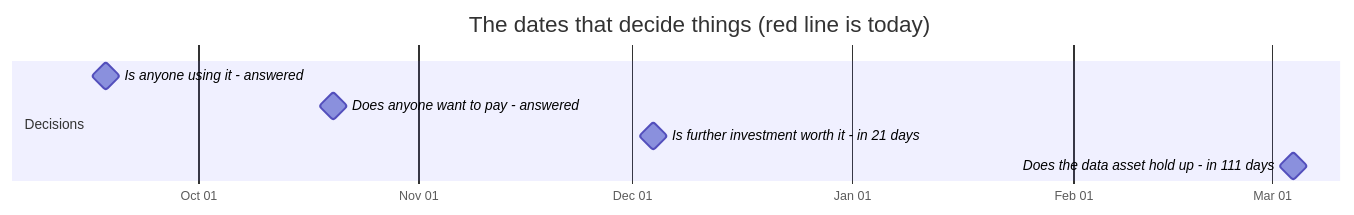
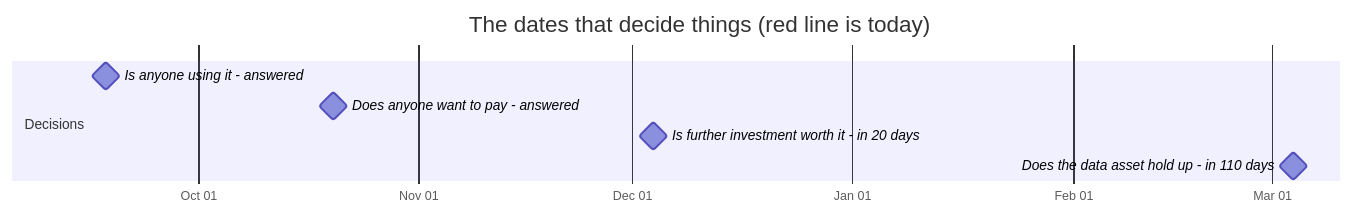
The first of 2 diagrams in docs/OWNER.md (jakegu1/vetagent), drawn with Mermaid before and after one commit. The commit also changed other lines of this file and 1 other file, not shown here.

````diff
--- a/docs/OWNER.md
+++ b/docs/OWNER.md
@@ -67,12 +67,12 @@
 ```mermaid
 gantt
     dateFormat YYYY-MM-DD
     axisFormat %b %d
     todayMarker stroke-width:3px,stroke:#d33,stroke-dasharray:0
     title The dates that decide things (red line is today)
     section Decisions
     Is anyone using it - answered :milestone, 2026-09-18, 0d
     Does anyone want to pay - answered :milestone, 2026-10-20, 0d
-    Is further investment worth it - in 21 days :milestone, 2026-12-04, 0d
-    Does the data asset hold up - in 111 days :milestone, 2027-03-04, 0d
+    Is further investment worth it - in 20 days :milestone, 2026-12-04, 0d
+    Does the data asset hold up - in 110 days :milestone, 2027-03-04, 0d
 ```
````
